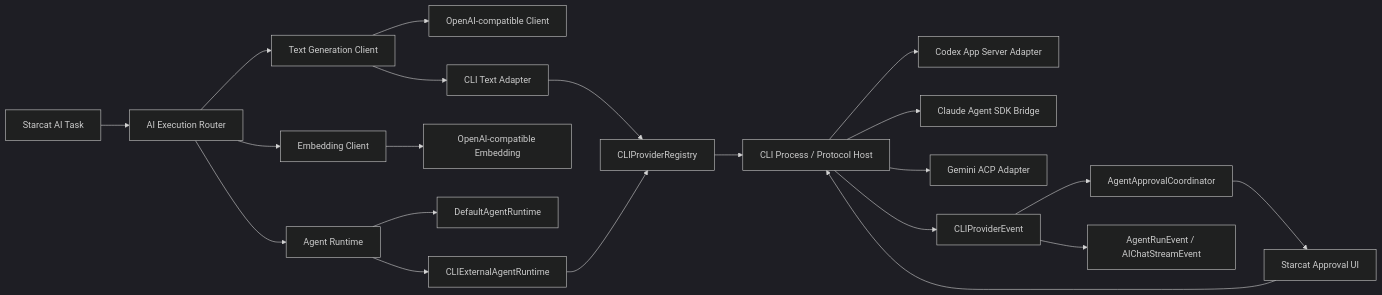
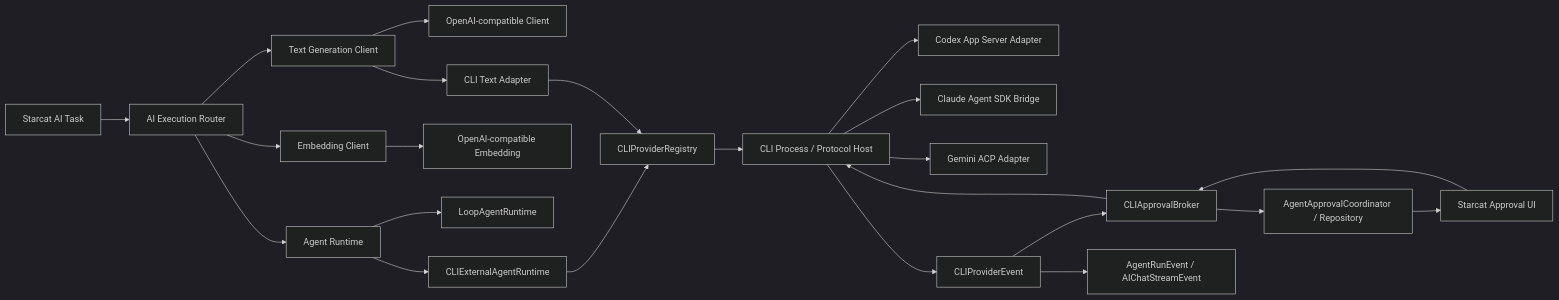
Before and after one commit to starcat-app/Starcat: the first of 3 diagrams in docs/2-产品/需求讨论/agent/20-CLI-Agent作为AI-Provider初步方案.md, drawn with Mermaid (dark theme). The commit also changed other lines of this file and 4 other files, not shown here.

Commit message:
docs(agent): 衔接外部 CLI Runtime 方案

````diff
--- a/docs/2-产品/需求讨论/agent/20-CLI-Agent作为AI-Provider初步方案.md
+++ b/docs/2-产品/需求讨论/agent/20-CLI-Agent作为AI-Provider初步方案.md
@@ -153,30 +172,32 @@
 ```mermaid
 flowchart LR
     Task["Starcat AI Task"] --> Router["AI Execution Router"]
 
     Router --> Text["Text Generation Client"]
     Router --> Embedding["Embedding Client"]
     Router --> Runtime["Agent Runtime"]
 
     Text --> APIText["OpenAI-compatible Client"]
     Text --> CLIText["CLI Text Adapter"]
 
     Embedding --> APIEmbedding["OpenAI-compatible Embedding"]
 
-    Runtime --> StarcatRuntime["DefaultAgentRuntime"]
+    Runtime --> StarcatRuntime["LoopAgentRuntime"]
     Runtime --> CLIRuntime["CLIExternalAgentRuntime"]
 
     CLIRuntime --> Registry["CLIProviderRegistry"]
     CLIText --> Registry
     Registry --> Runner["CLI Process / Protocol Host"]
 
     Runner --> Codex["Codex App Server Adapter"]
     Runner --> Claude["Claude Agent SDK Bridge"]
     Runner --> Gemini["Gemini ACP Adapter"]
 
     Runner --> Events["CLIProviderEvent"]
-    Events --> Approval["AgentApprovalCoordinator"]
+    Events --> ApprovalBroker["CLIApprovalBroker"]
+    ApprovalBroker --> Approval["AgentApprovalCoordinator / Repository"]
     Approval --> ApprovalUI["Starcat Approval UI"]
-    ApprovalUI --> Runner
+    ApprovalUI --> ApprovalBroker
+    ApprovalBroker --> Runner
     Events --> StarcatEvents["AgentRunEvent / AIChatStreamEvent"]
 ```
````
